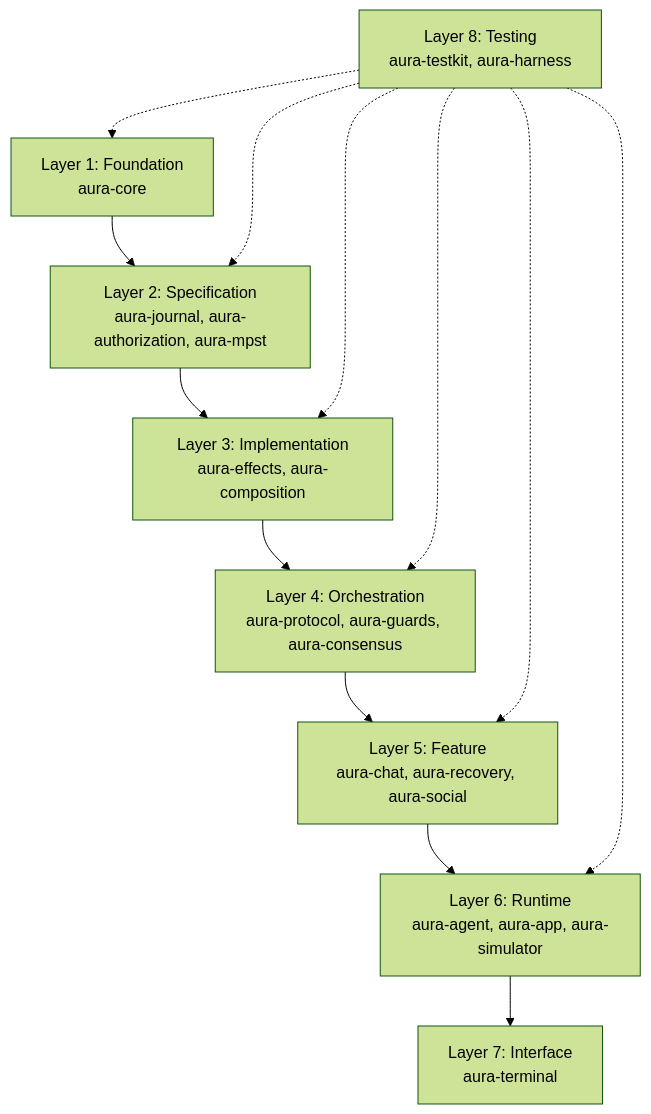
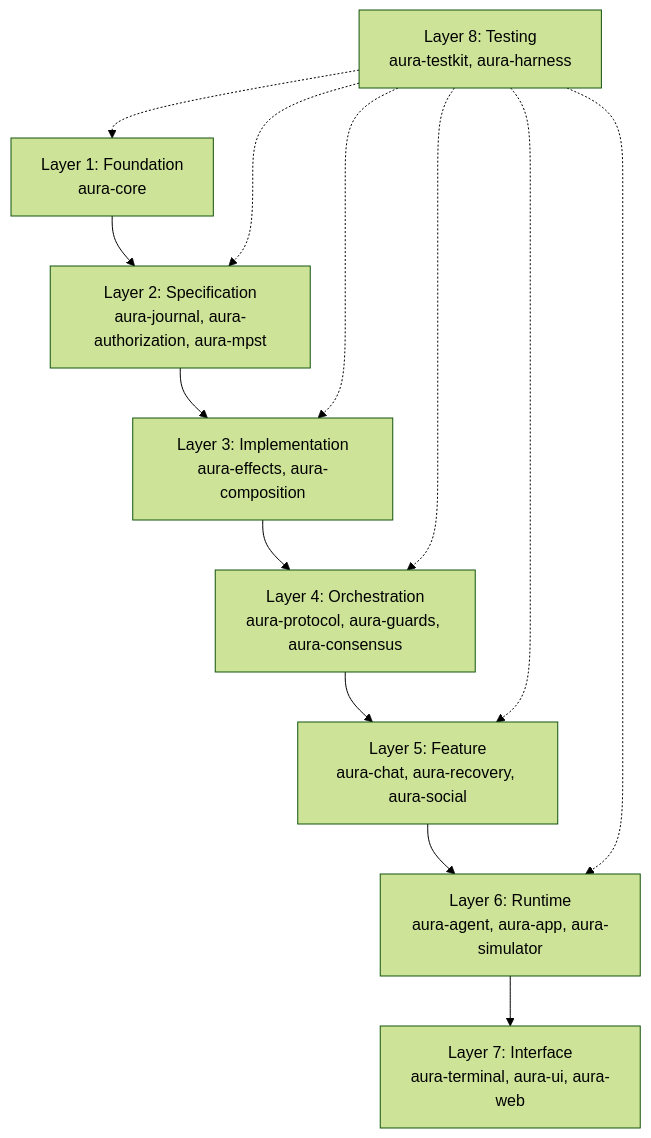
The fourth of 4 diagrams in docs/001_system_architecture.md (hxrts/aura), drawn with Mermaid (forest theme) before and after one commit. The commit also changed other lines of this file and 41 other files, not shown here.

````diff
--- a/docs/001_system_architecture.md
+++ b/docs/001_system_architecture.md
@@ -468,14 +468,14 @@
 ```mermaid
 flowchart TB
     L1[Layer 1: Foundation<br/>aura-core]
     L2[Layer 2: Specification<br/>aura-journal, aura-authorization, aura-mpst]
     L3[Layer 3: Implementation<br/>aura-effects, aura-composition]
     L4[Layer 4: Orchestration<br/>aura-protocol, aura-guards, aura-consensus]
     L5[Layer 5: Feature<br/>aura-chat, aura-recovery, aura-social]
     L6[Layer 6: Runtime<br/>aura-agent, aura-app, aura-simulator]
-    L7[Layer 7: Interface<br/>aura-terminal]
+    L7[Layer 7: Interface<br/>aura-terminal, aura-ui, aura-web]
     L8[Layer 8: Testing<br/>aura-testkit, aura-harness]
 
     L1 --> L2 --> L3 --> L4 --> L5 --> L6 --> L7
     L8 -.-> L1 & L2 & L3 & L4 & L5 & L6
 ```
````
